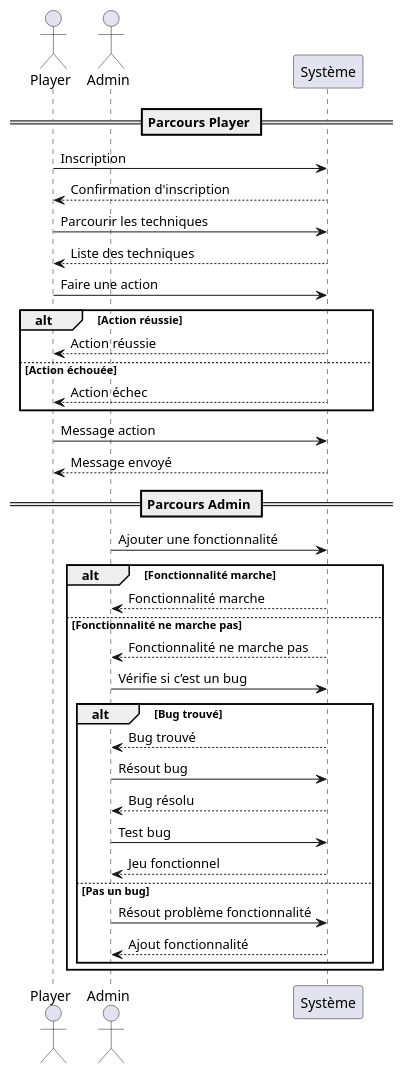
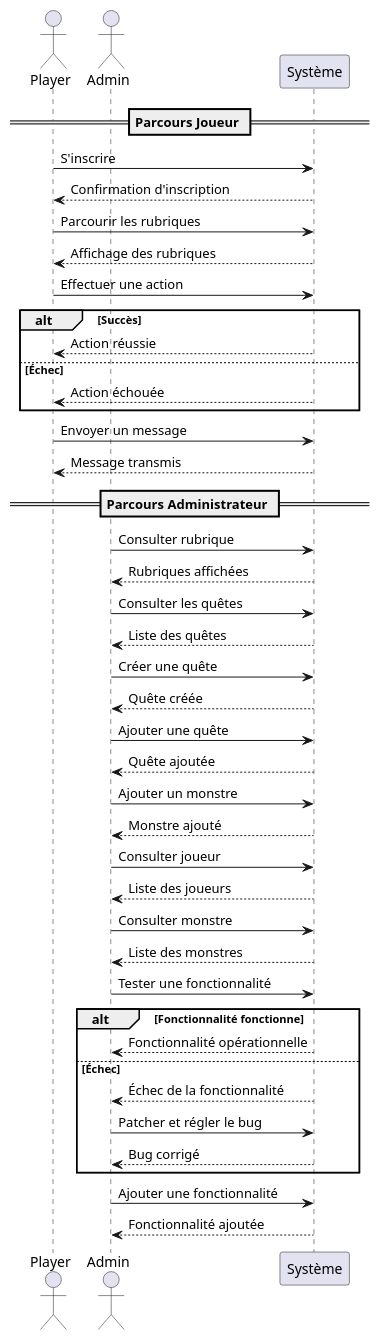
Before and after one commit to samirb80440/StagecdagoblandV2: the diagram in Uml/diagramme _activité_gobland.puml, drawn with PlantUML. The commit also changed 5 other files, not shown here.

Commit message:
changement diagramme doit rajouter si erreur

```diff
--- a/Uml/diagramme _activité_gobland.puml
+++ b/Uml/diagramme _activité_gobland.puml
@@ -1,43 +1,58 @@
-@startuml sequence
+@startuml activité
 actor Player
 actor Admin
 participant "Système" as System
 
-== Parcours Player ==
+== Parcours Joueur ==
 
-Player -> System: Inscription
+Player -> System: S'inscrire
 System --> Player: Confirmation d'inscription
 
-Player -> System: Parcourir les techniques
-System --> Player: Liste des techniques
+Player -> System: Parcourir les rubriques
+System --> Player: Affichage des rubriques
 
-Player -> System: Faire une action
-alt Action réussie
+Player -> System: Effectuer une action
+alt Succès
   System --> Player: Action réussie
-else Action échouée
-  System --> Player: Action échec
+else Échec
+  System --> Player: Action échouée
 end
 
-Player -> System: Message action
-System --> Player: Message envoyé
+Player -> System: Envoyer un message
+System --> Player: Message transmis
 
-== Parcours Admin ==
+== Parcours Administrateur ==
+
+Admin -> System: Consulter rubrique
+System --> Admin: Rubriques affichées
+
+Admin -> System: Consulter les quêtes
+System --> Admin: Liste des quêtes
+
+Admin -> System: Créer une quête
+System --> Admin: Quête créée
+
+Admin -> System: Ajouter une quête
+System --> Admin: Quête ajoutée
+
+Admin -> System: Ajouter un monstre
+System --> Admin: Monstre ajouté
+
+Admin -> System: Consulter joueur
+System --> Admin: Liste des joueurs
+
+Admin -> System: Consulter monstre
+System --> Admin: Liste des monstres
+
+Admin -> System: Tester une fonctionnalité
+alt Fonctionnalité fonctionne
+  System --> Admin: Fonctionnalité opérationnelle
+else Échec
+  System --> Admin: Échec de la fonctionnalité
+  Admin -> System: Patcher et régler le bug
+  System --> Admin: Bug corrigé
+end
 
 Admin -> System: Ajouter une fonctionnalité
-alt Fonctionnalité marche
-  System --> Admin: Fonctionnalité marche
-else Fonctionnalité ne marche pas
-  System --> Admin: Fonctionnalité ne marche pas
-  Admin -> System: Vérifie si c’est un bug
-  alt Bug trouvé
-    System --> Admin: Bug trouvé
-    Admin -> System: Résout bug
-    System --> Admin: Bug résolu
-    Admin -> System: Test bug
-    System --> Admin: Jeu fonctionnel
-  else Pas un bug
-    Admin -> System: Résout problème fonctionnalité
-    System --> Admin: Ajout fonctionnalité
-  end
-end
+System --> Admin: Fonctionnalité ajoutée
 @enduml
```
